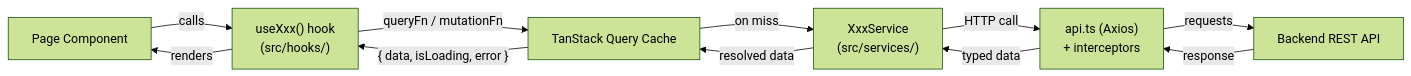
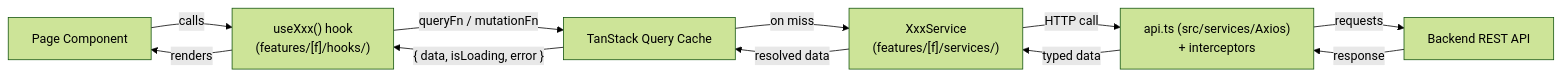
Before and after one commit to udaaraSH23/TrekDeskAI: the first of 2 diagrams in trekdesk-admin-dashboard/docs/STATE_MANAGEMENT.md, drawn with Mermaid (forest theme). The commit also changed other lines of this file and 62 other files, not shown here.

````diff
--- a/trekdesk-admin-dashboard/docs/STATE_MANAGEMENT.md
+++ b/trekdesk-admin-dashboard/docs/STATE_MANAGEMENT.md
@@ -45,20 +45,20 @@
 ```mermaid
 flowchart LR
     Page["Page Component"]
-    Hook["useXxx() hook\n(src/hooks/)"]
+    Hook["useXxx() hook\n(features/[f]/hooks/)"]
     Cache["TanStack Query Cache"]
-    Service["XxxService\n(src/services/)"]
-    API["api.ts (Axios)\n+ interceptors"]
+    Service["XxxService\n(features/[f]/services/)"]
+    API["api.ts (src/services/Axios)\n+ interceptors"]
     Backend["Backend REST API"]
 
     Page -->|"calls"| Hook
     Hook -->|"queryFn / mutationFn"| Cache
     Cache -->|"on miss"| Service
     Service -->|"HTTP call"| API
     API -->|"requests"| Backend
     Backend -->|"response"| API
     API -->|"typed data"| Service
     Service -->|"resolved data"| Cache
     Cache -->|"{ data, isLoading, error }"| Hook
     Hook -->|"renders"| Page
 ```
````
